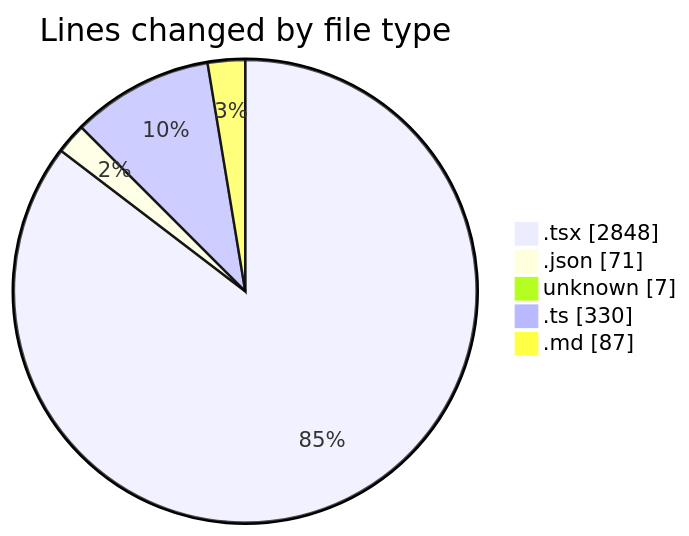
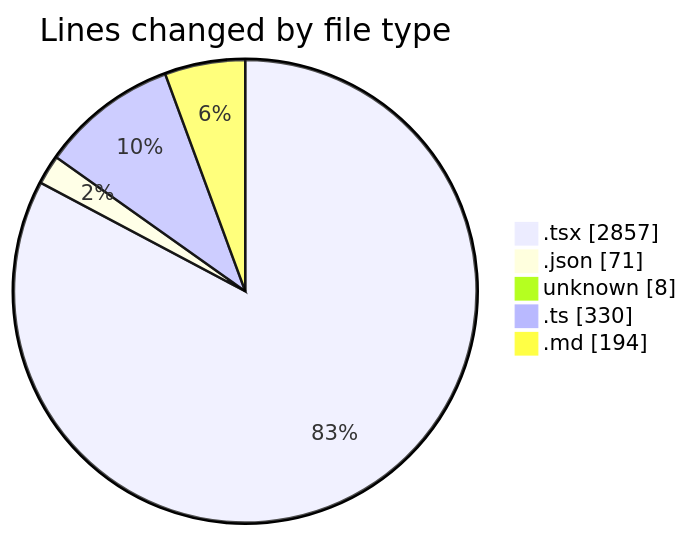
One commit to ernivani/code-tracking changed the first of 2 diagrams in 2025-01-03/tinycms/README.md. Above: the diagram before and after it, drawn with Mermaid. The commit also changed other lines of this file and 2 other files, not shown here.

````diff
--- a/2025-01-03/tinycms/README.md
+++ b/2025-01-03/tinycms/README.md
@@ -36,9 +36,9 @@
 ```mermaid
 pie showData
 title Lines changed by file type
-".tsx" : 2848
+".tsx" : 2857
 ".json" : 71
-"unknown" : 7
+"unknown" : 8
 ".ts" : 330
-".md" : 87
+".md" : 194
 ```
````
